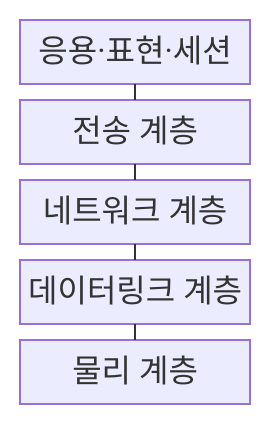
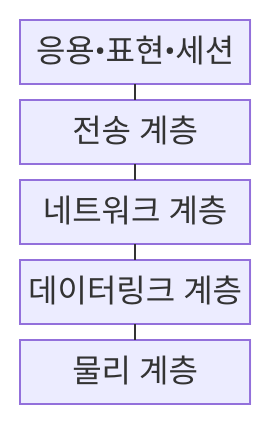
Before and after one commit to agnusdei1207/knowledge-base: the first of 2 diagrams in src/content/docs/notes/04-network/001_osi_7_layer_model.md, drawn with Mermaid. The commit also changed other lines of this file and 953 other files, not shown here.

````diff
--- a/src/content/docs/notes/04-network/001_osi_7_layer_model.md
+++ b/src/content/docs/notes/04-network/001_osi_7_layer_model.md
@@ -67,13 +67,13 @@
 ```mermaid
 block
     columns 1
-    A["응용·표현·세션"]
+    A["응용•표현•세션"]
     B["전송 계층"]
     C["네트워크 계층"]
     D["데이터링크 계층"]
     E["물리 계층"]
     A --- B
     B --- C
     C --- D
     D --- E
 ```
````
